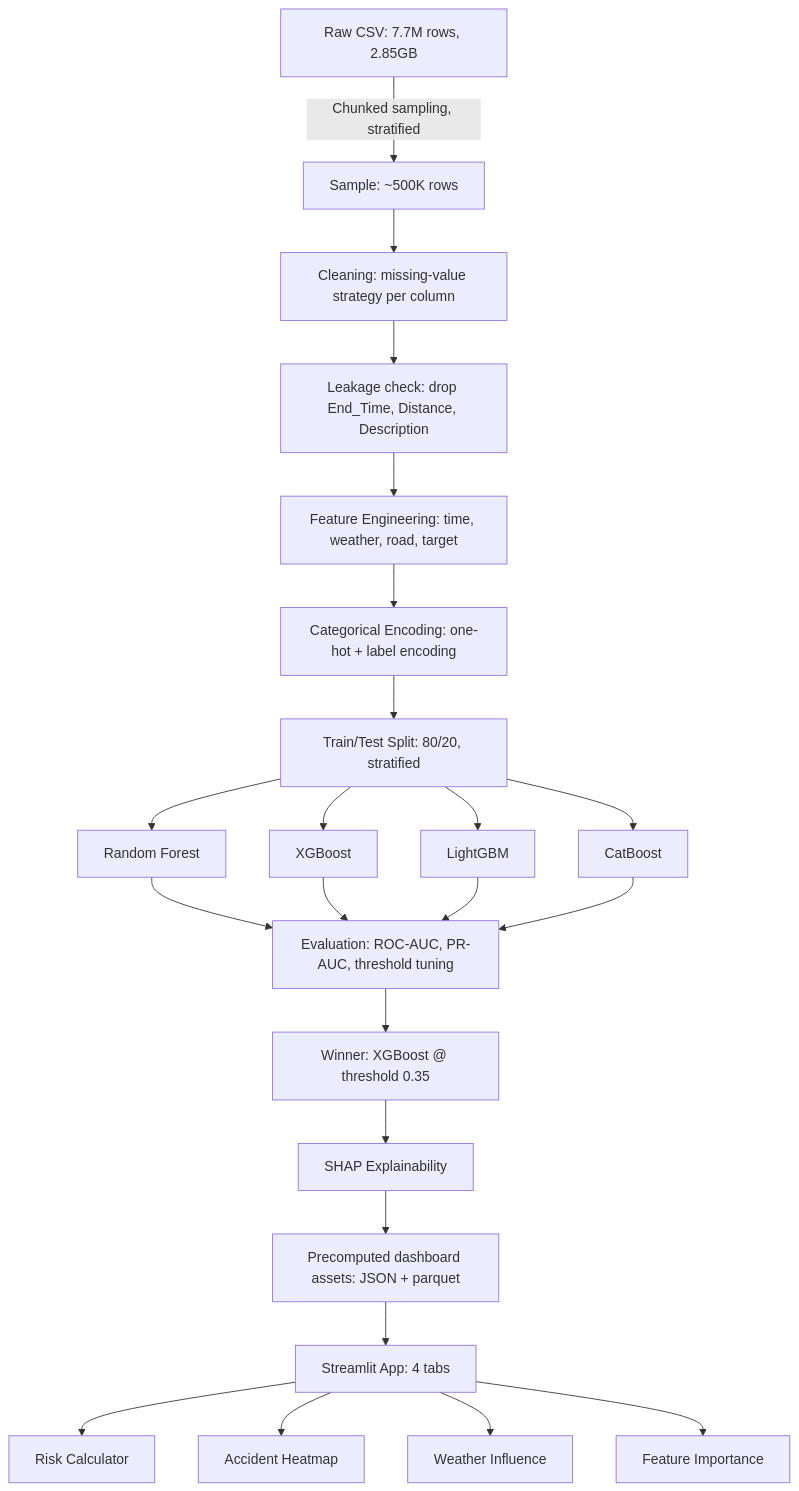
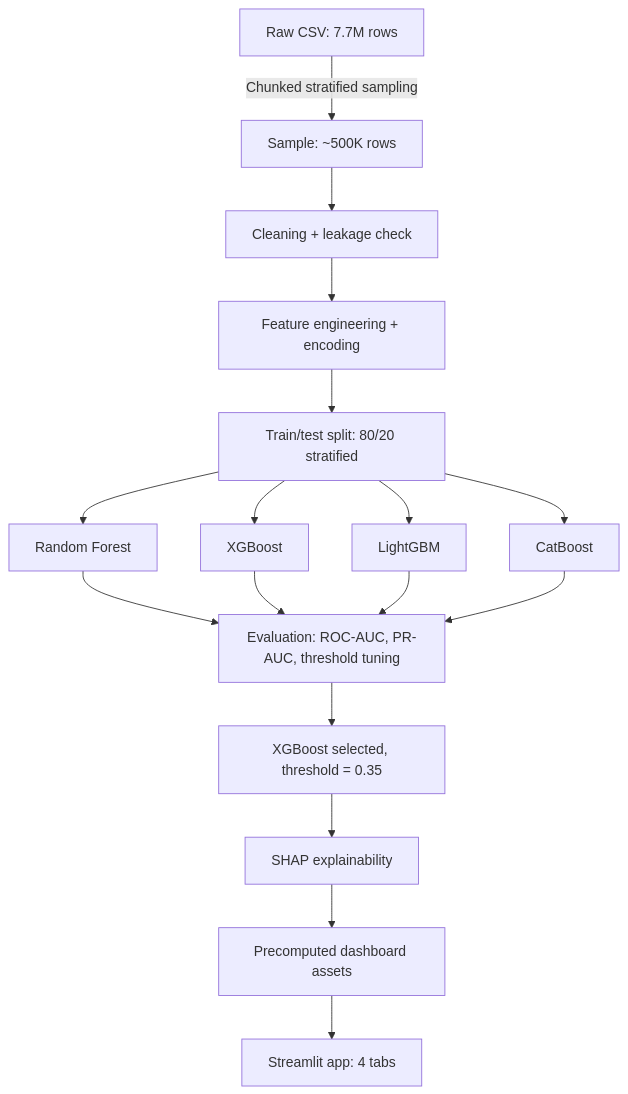
The diagram in README.md (vedikasingh6/traffic-accident-risk-prediction), drawn with Mermaid before and after one commit. The commit also changed other lines of this file, not shown here.

````diff
--- a/README.md
+++ b/README.md
@@ -84,22 +51,13 @@
 ```mermaid
 flowchart TD
-    A[Raw CSV: 7.7M rows, 2.85GB] -->|Chunked sampling, stratified| B[Sample: ~500K rows]
-    B --> C[Cleaning: missing-value strategy per column]
-    C --> D[Leakage check: drop End_Time, Distance, Description]
-    D --> E[Feature Engineering: time, weather, road, target]
-    E --> F[Categorical Encoding: one-hot + label encoding]
-    F --> G[Train/Test Split: 80/20, stratified]
-    G --> H1[Random Forest]
-    G --> H2[XGBoost]
-    G --> H3[LightGBM]
-    G --> H4[CatBoost]
-    H1 & H2 & H3 & H4 --> I[Evaluation: ROC-AUC, PR-AUC, threshold tuning]
-    I --> J[Winner: XGBoost @ threshold 0.35]
-    J --> K[SHAP Explainability]
-    K --> L[Precomputed dashboard assets: JSON + parquet]
-    L --> M[Streamlit App: 4 tabs]
-    M --> M1[Risk Calculator]
-    M --> M2[Accident Heatmap]
-    M --> M3[Weather Influence]
-    M --> M4[Feature Importance]
+    A[Raw CSV: 7.7M rows] -->|Chunked stratified sampling| B[Sample: ~500K rows]
+    B --> C[Cleaning + leakage check]
+    C --> D[Feature engineering + encoding]
+    D --> E[Train/test split: 80/20 stratified]
+    E --> F1[Random Forest] & F2[XGBoost] & F3[LightGBM] & F4[CatBoost]
+    F1 & F2 & F3 & F4 --> G[Evaluation: ROC-AUC, PR-AUC, threshold tuning]
+    G --> H[XGBoost selected, threshold = 0.35]
+    H --> I[SHAP explainability]
+    I --> J[Precomputed dashboard assets]
+    J --> K[Streamlit app: 4 tabs]
 ```
````
